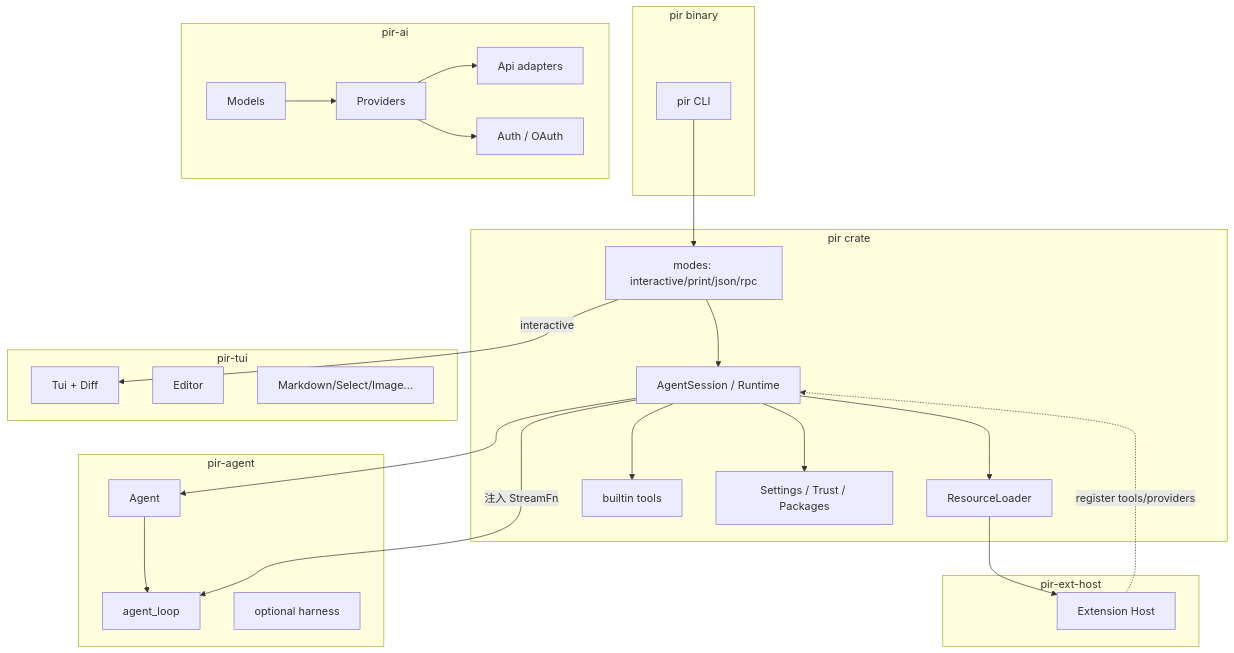
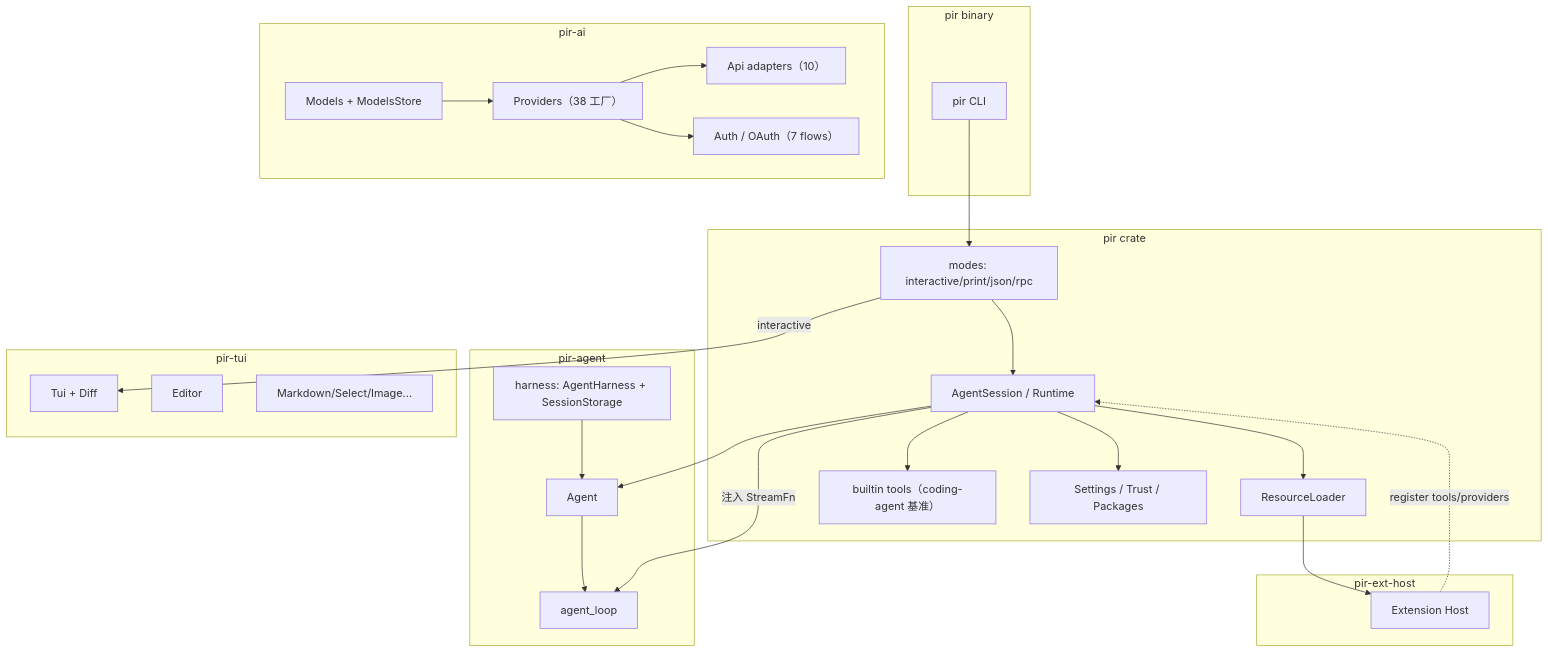
One commit to revpidev/rpi changed the first of 2 diagrams in docs/02-design.md. Above: the diagram before and after it, drawn with Mermaid. The commit also changed other lines of this file and 21 other files, not shown here.

````diff
--- a/docs/02-design.md
+++ b/docs/02-design.md
@@ -41,52 +45,53 @@
 ```mermaid
 flowchart TB
   subgraph bins["pir binary"]
     CLI[pir CLI]
   end
 
   subgraph coding["pir crate"]
     Modes[modes: interactive/print/json/rpc]
     Session[AgentSession / Runtime]
     Resources[ResourceLoader]
-    Tools[builtin tools]
+    Tools[builtin tools（coding-agent 基准）]
     Settings[Settings / Trust / Packages]
   end
 
   subgraph core["pir-agent"]
     Agent[Agent]
     Loop[agent_loop]
-    Harness[optional harness]
+    Harness[harness: AgentHarness + SessionStorage]
   end
 
   subgraph ai["pir-ai"]
-    Models[Models]
-    Providers[Providers]
-    Api[Api adapters]
-    Auth[Auth / OAuth]
+    Models[Models + ModelsStore]
+    Providers[Providers（38 工厂）]
+    Api[Api adapters（10）]
+    Auth[Auth / OAuth（7 flows）]
   end
 
   subgraph tui["pir-tui"]
     Tui[Tui + Diff]
     Editor[Editor]
     Widgets[Markdown/Select/Image...]
   end
 
   subgraph ext["pir-ext-host"]
     Host[Extension Host]
   end
 
   CLI --> Modes
   Modes --> Session
   Session --> Agent
   Session --> Resources
   Session --> Tools
   Session --> Settings
   Agent --> Loop
+  Harness --> Agent
   Session -->|注入 StreamFn| Loop
   Models --> Providers
   Providers --> Api
   Providers --> Auth
   Modes -->|interactive| Tui
   Resources --> Host
   Host -.->|register tools/providers| Session
 ```
````
